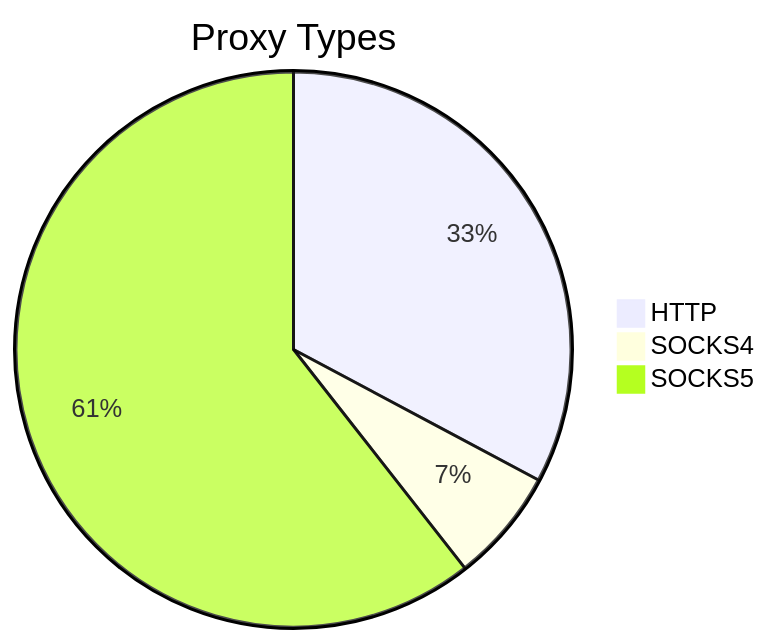
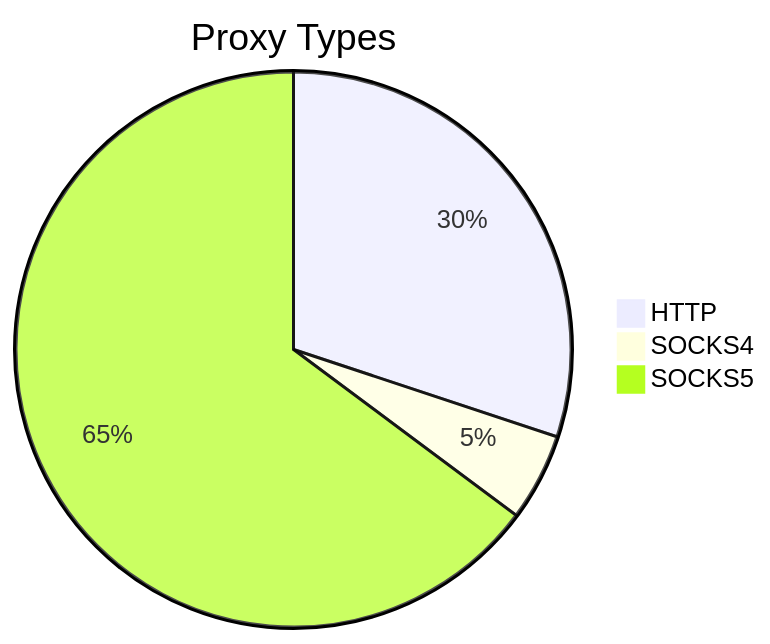
Before and after one commit to stormsia/proxy-list: the first of 2 diagrams in README.md, drawn with Mermaid. The commit also changed other lines of this file, not shown here.

````diff
--- a/README.md
+++ b/README.md
@@ -21,6 +21,6 @@
 ```mermaid
 pie title Proxy Types
-    "HTTP" : 203
-    "SOCKS4" : 41
-    "SOCKS5" : 375
+    "HTTP" : 130
+    "SOCKS4" : 22
+    "SOCKS5" : 280
 ```
````
